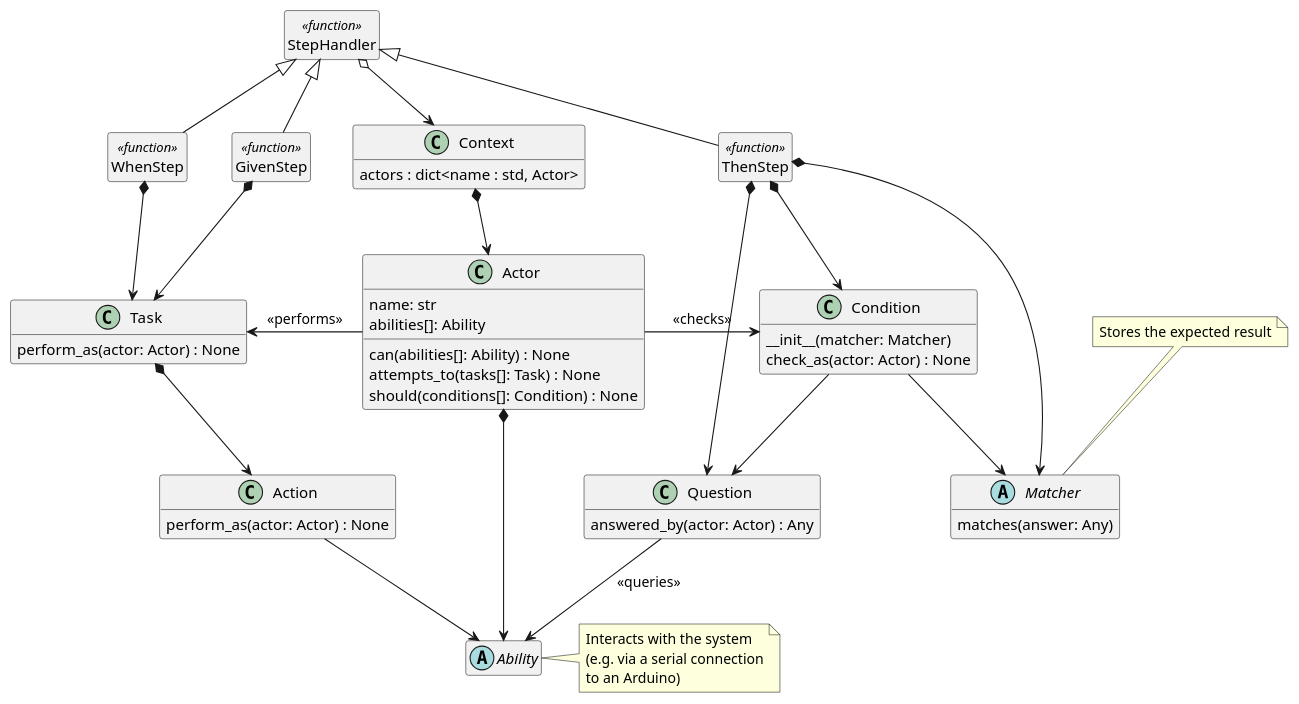
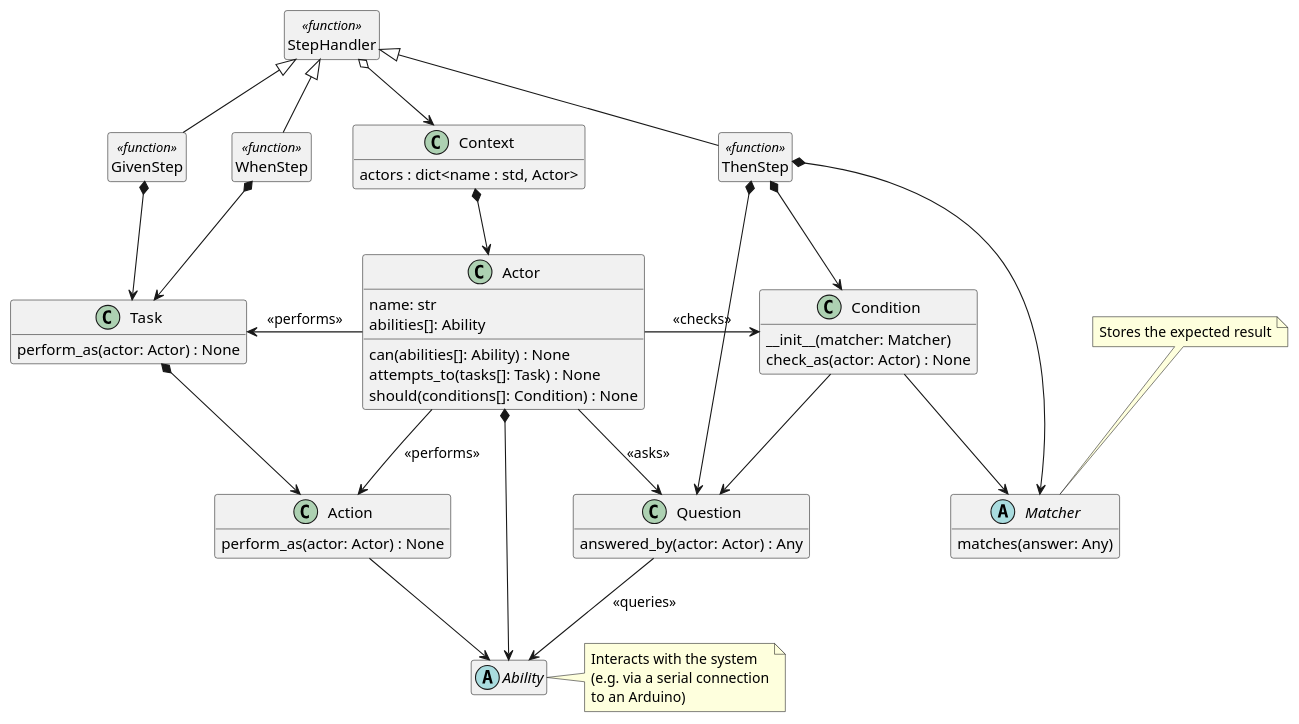
The diagram in screenplay/class_diagram.puml (jack-skerrett-bluefruit/Python-ScreenPlay), drawn with PlantUML before and after one commit. The commit also changed 1 other file, not shown here.

Commit message:
Update screenplay PlantUML class diagram

```diff
--- a/screenplay/class_diagram.puml
+++ b/screenplay/class_diagram.puml
@@ -1,93 +1,95 @@
 @startuml
 
 hide empty members
 
 StepHandler o--> Context
 
 GivenStep -up-|> StepHandler
 GivenStep *--> Task
 
 WhenStep -up-|> StepHandler
 WhenStep *--> Task
 
 ThenStep -up-|> StepHandler
 ThenStep *--> Question
 ThenStep *--> Condition
 ThenStep *--> Matcher
 
 Context *--> Actor
 
 Actor -left-> Task : <<performs>>
+Actor --> Action : <<performs>>
 Actor -right-> Condition : <<checks>>
+Actor --> Question : <<asks>>
 Actor *--> Ability
 
 Task *--> Action
 Action --> Ability
 
 Condition --> Question
 Condition --> Matcher
 Question --> Ability : <<queries>>
 
 class StepHandler <<function>> {
 }
 hide StepHandler circle
 
 class GivenStep <<function>> {
 }
 hide GivenStep circle
 
 class WhenStep <<function>> {
 }
 hide WhenStep circle
 
 class ThenStep <<function>> {
 }
 hide ThenStep circle
 
 class Context {
     actors : dict<name : std, Actor>
 }
 
 class Actor {
     name: str
     abilities[]: Ability
     can(abilities[]: Ability) : None
     attempts_to(tasks[]: Task) : None
     should(conditions[]: Condition) : None
 }
 
 abstract class Ability {
 }
 
 note right of Ability
 Interacts with the system
 (e.g. via a serial connection
 to an Arduino)
 end note
 
 class Task {
     perform_as(actor: Actor) : None
 }
 
 class Action {
     perform_as(actor: Actor) : None
 }
 
 class Condition {
     __init__(matcher: Matcher)
     check_as(actor: Actor) : None
 }
 
 class Question {
     answered_by(actor: Actor) : Any
 }
 
 abstract class Matcher {
     matches(answer: Any)
 }
 
 note top of Matcher
 Stores the expected result
 end note
 
 @enduml
```
